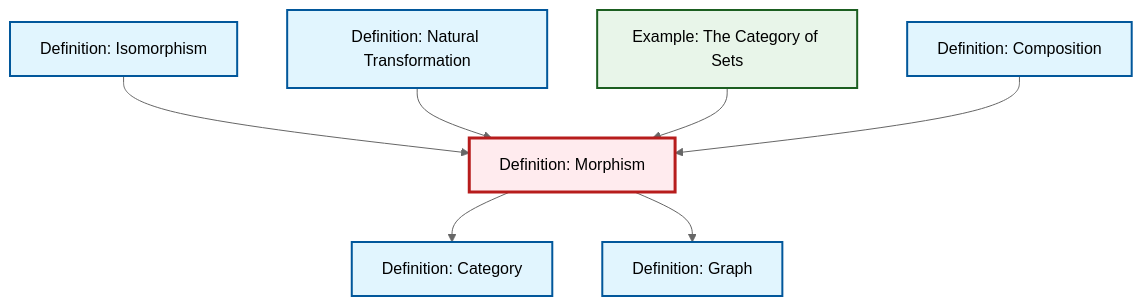
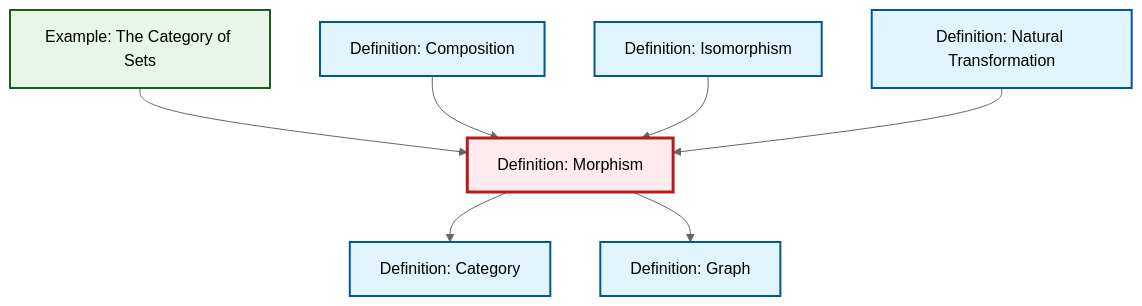
The diagram in output/mermaid/def-morphism.mermaid (RK0429/ModernMath), drawn with Mermaid (neutral theme) before and after one commit. The commit also changed other lines of this file and 474 other files, not shown here.

```diff
--- a/output/mermaid/def-morphism.mermaid
+++ b/output/mermaid/def-morphism.mermaid
@@ -1,21 +1,21 @@
 %%| fig-cap: "Local dependency graph"
 graph TD
     classDef definition fill:#e1f5fe,stroke:#01579b,stroke-width:2px
     classDef theorem fill:#f3e5f5,stroke:#4a148c,stroke-width:2px
     classDef axiom fill:#fff3e0,stroke:#e65100,stroke-width:2px
     classDef example fill:#e8f5e9,stroke:#1b5e20,stroke-width:2px
     classDef current fill:#ffebee,stroke:#b71c1c,stroke-width:3px
+    def-isomorphism["Definition: Isomorphism"]:::definition
+    def-natural-transformation["Definition: Natural Transformation"]:::definition
+    def-graph["Definition: Graph"]:::definition
+    def-category["Definition: Category"]:::definition
     def-morphism["Definition: Morphism"]:::definition
     ex-set-category["Example: The Category of Sets"]:::example
-    def-category["Definition: Category"]:::definition
-    def-graph["Definition: Graph"]:::definition
     def-composition["Definition: Composition"]:::definition
-    def-natural-transformation["Definition: Natural Transformation"]:::definition
-    def-isomorphism["Definition: Isomorphism"]:::definition
+    ex-set-category --> def-morphism
     def-morphism --> def-category
+    def-composition --> def-morphism
+    def-isomorphism --> def-morphism
     def-morphism --> def-graph
-    def-isomorphism --> def-morphism
     def-natural-transformation --> def-morphism
-    ex-set-category --> def-morphism
-    def-composition --> def-morphism
     class def-morphism current
```
